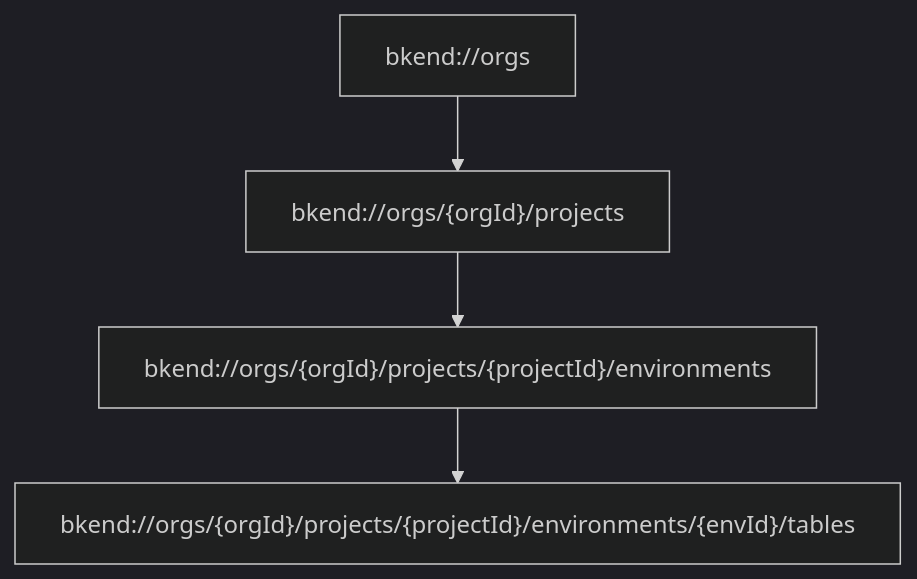
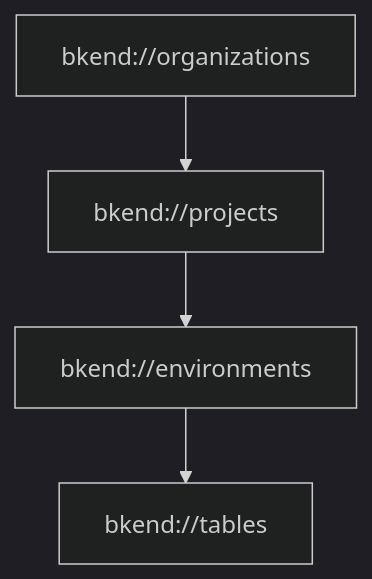
One commit to popup-studio-ai/bkend-docs changed the first of 2 diagrams in ko/mcp/08-resources.md. Above: the diagram before and after it, drawn with Mermaid (dark theme). The commit also changed other lines of this file and 424 other files, not shown here.

````diff
--- a/ko/mcp/08-resources.md
+++ b/ko/mcp/08-resources.md
@@ -11,6 +11,6 @@
 ```mermaid
 flowchart TD
-    A["bkend://orgs"] --> B["bkend://orgs/{orgId}/projects"]
-    B --> C["bkend://orgs/{orgId}/projects/{projectId}/environments"]
-    C --> D["bkend://orgs/{orgId}/projects/{projectId}/environments/{envId}/tables"]
+    A["bkend://organizations"] --> B["bkend://projects"]
+    B --> C["bkend://environments"]
+    C --> D["bkend://tables"]
 ```
````
